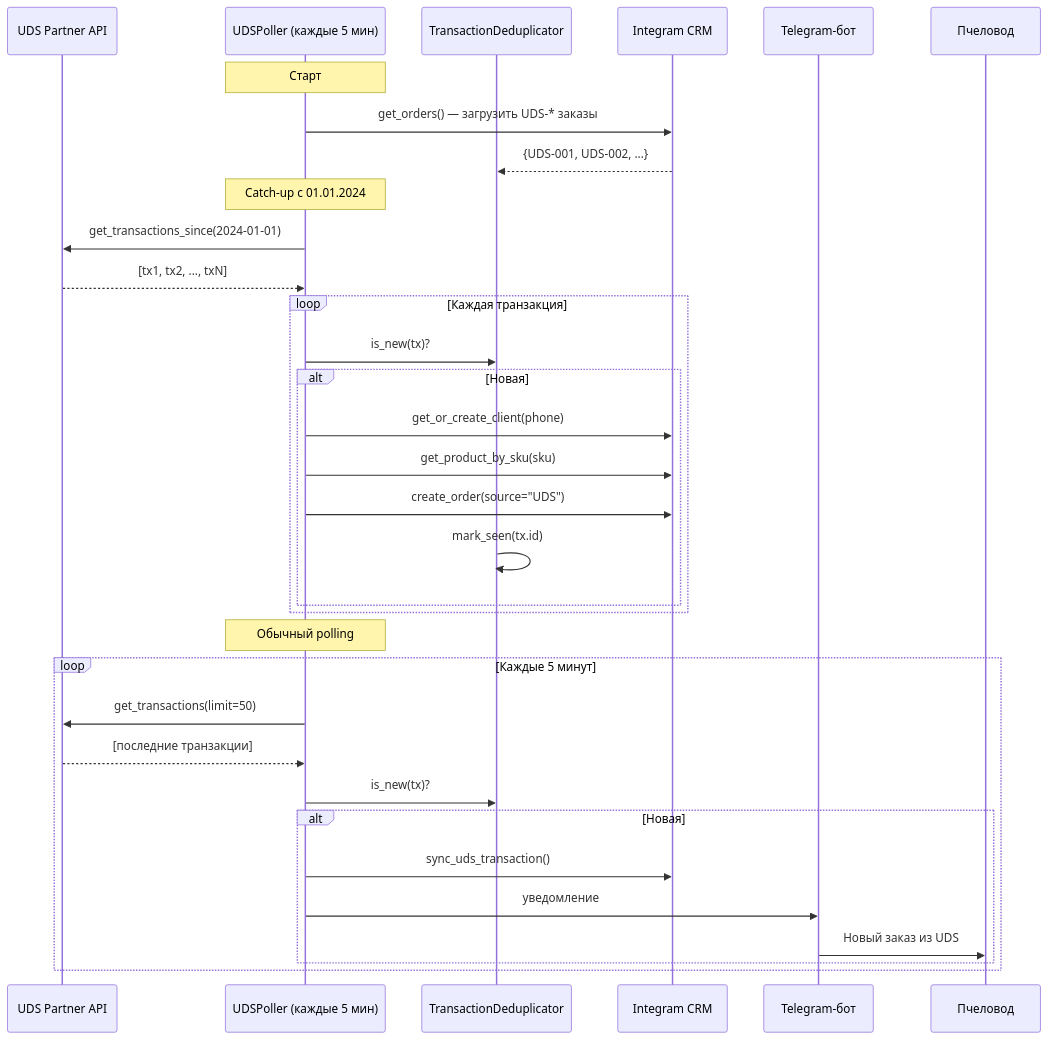
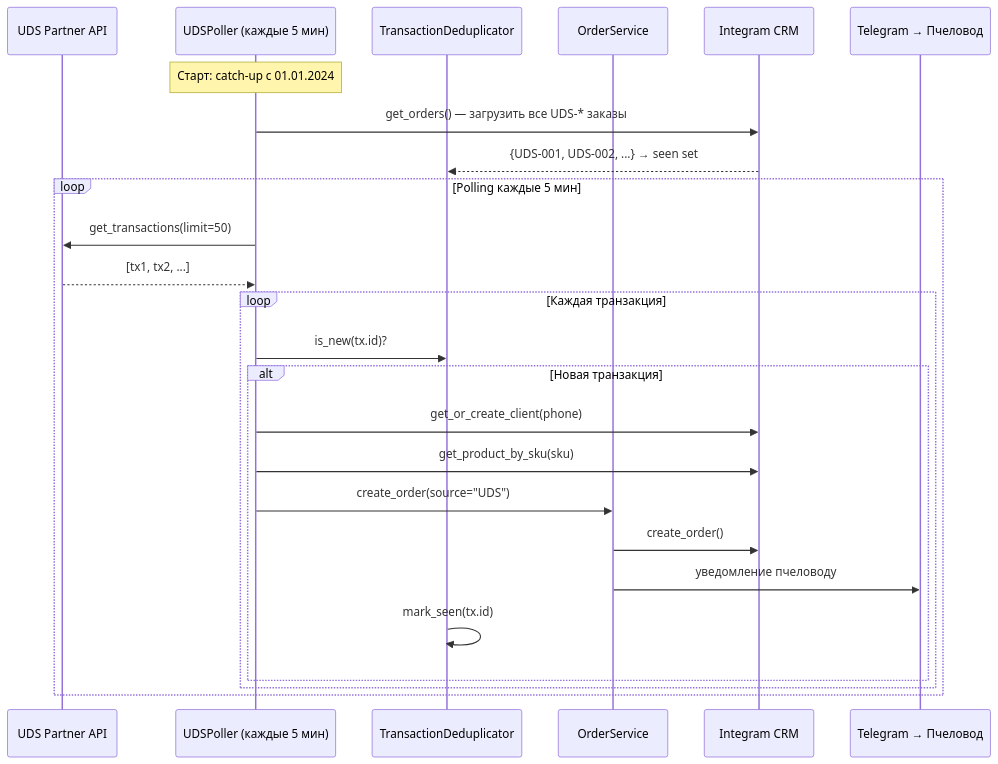
Before and after one commit to unidel2035/BEEBOT: the eighth of 16 diagrams in docs/architecture.md, drawn with Mermaid. The commit also changed other lines of this file and 6 other files, not shown here.

````diff
--- a/docs/architecture.md
+++ b/docs/architecture.md
@@ -612,38 +305,29 @@
 ```mermaid
 sequenceDiagram
     participant UDS as UDS Partner API
     participant Poller as UDSPoller (каждые 5 мин)
     participant Dedup as TransactionDeduplicator
+    participant OS as OrderService
     participant CRM as Integram CRM
-    participant Bot as Telegram-бот
-    participant Admin as Пчеловод
+    participant Bot as Telegram → Пчеловод
 
-    Note over Poller: Старт
-    Poller->>CRM: get_orders() — загрузить UDS-* заказы
-    CRM-->>Dedup: {UDS-001, UDS-002, ...}
+    Note over Poller: Старт: catch-up с 01.01.2024
+    Poller->>CRM: get_orders() — загрузить все UDS-* заказы
+    CRM-->>Dedup: {UDS-001, UDS-002, ...} → seen set
 
-    Note over Poller: Catch-up с 01.01.2024
-    Poller->>UDS: get_transactions_since(2024-01-01)
-    UDS-->>Poller: [tx1, tx2, ..., txN]
-    loop Каждая транзакция
-        Poller->>Dedup: is_new(tx)?
-        alt Новая
-            Poller->>CRM: get_or_create_client(phone)
-            Poller->>CRM: get_product_by_sku(sku)
-            Poller->>CRM: create_order(source="UDS")
-            Dedup->>Dedup: mark_seen(tx.id)
-        end
-    end
-
-    Note over Poller: Обычный polling
-    loop Каждые 5 минут
+    loop Polling каждые 5 мин
         Poller->>UDS: get_transactions(limit=50)
-        UDS-->>Poller: [последние транзакции]
-        Poller->>Dedup: is_new(tx)?
-        alt Новая
-            Poller->>CRM: sync_uds_transaction()
-            Poller->>Bot: уведомление
-            Bot->>Admin: Новый заказ из UDS
+        UDS-->>Poller: [tx1, tx2, ...]
+        loop Каждая транзакция
+            Poller->>Dedup: is_new(tx.id)?
+            alt Новая транзакция
+                Poller->>CRM: get_or_create_client(phone)
+                Poller->>CRM: get_product_by_sku(sku)
+                Poller->>OS: create_order(source="UDS")
+                OS->>CRM: create_order()
+                OS->>Bot: уведомление пчеловоду
+                Dedup->>Dedup: mark_seen(tx.id)
+            end
         end
     end
 ```
````
